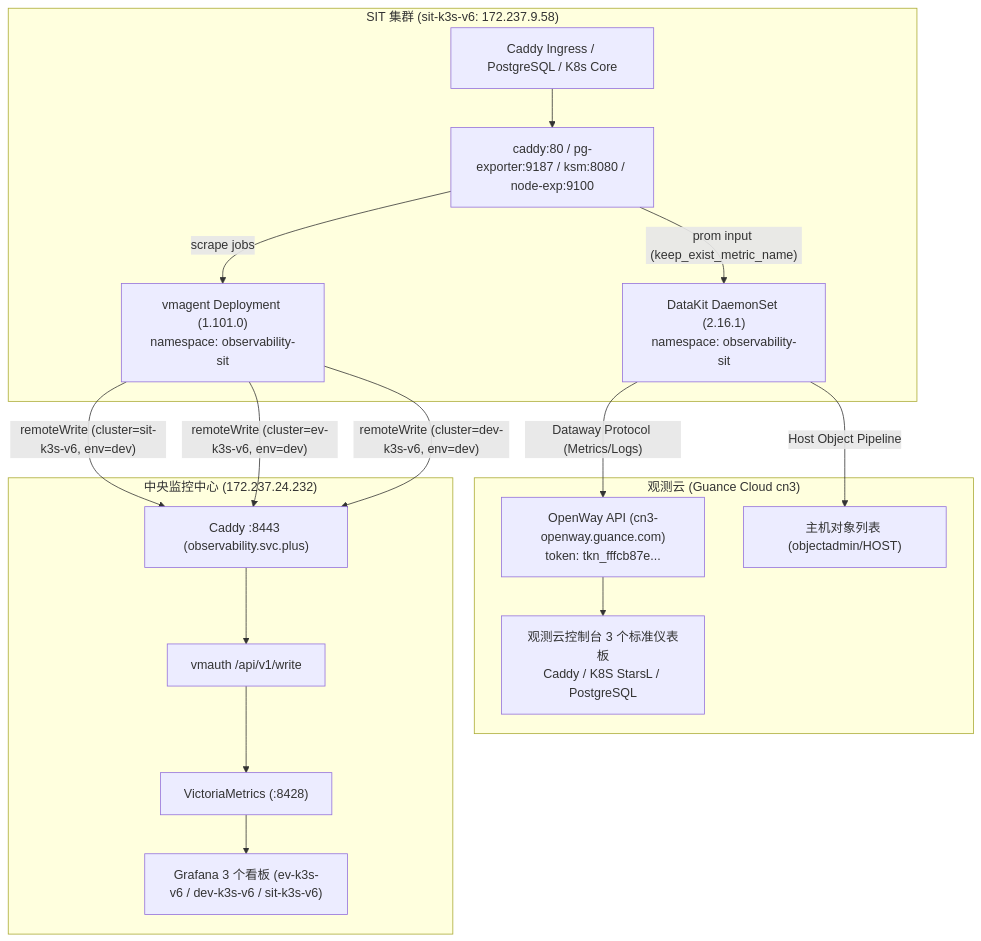
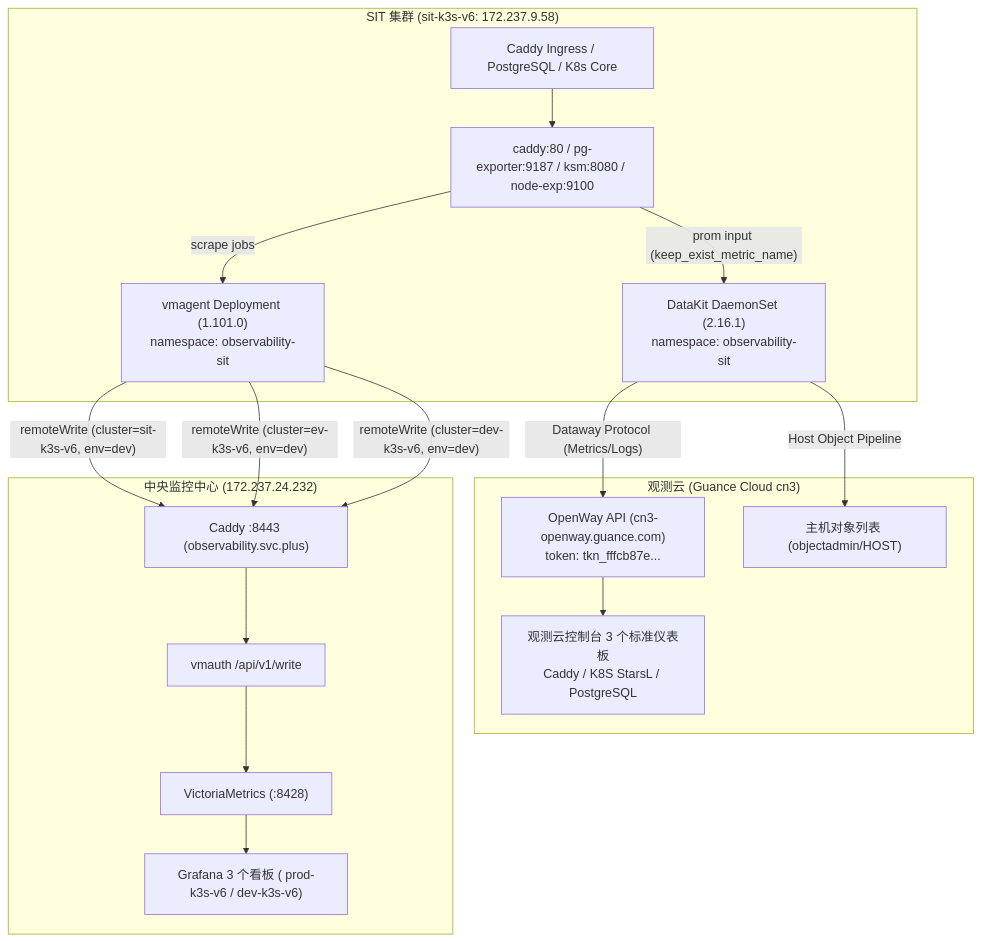
The diagram in docs/reference/platform-delivery/Hand-Off-交付与交接报告-终态完整版.md (ai-workspace-services/knowledge), drawn with Mermaid before and after one commit.

````diff
--- a/docs/reference/platform-delivery/Hand-Off-交付与交接报告-终态完整版.md
+++ b/docs/reference/platform-delivery/Hand-Off-交付与交接报告-终态完整版.md
@@ -23,34 +23,34 @@
 ```mermaid
 flowchart TD
     subgraph Cluster ["SIT 集群 (sit-k3s-v6: 172.237.9.58)"]
         Workloads["Caddy Ingress / PostgreSQL / K8s Core"]
         Exporters["caddy:80 / pg-exporter:9187 / ksm:8080 / node-exp:9100"]
         DataKit["DataKit DaemonSet (2.16.1)<br/>namespace: observability-sit"]
         VMAgent["vmagent Deployment (1.101.0)<br/>namespace: observability-sit"]
     end
 
     subgraph GuanceCloud ["观测云 (Guance Cloud cn3)"]
         OpenWay["OpenWay API (cn3-openway.guance.com)<br/>token: tkn_fffcb87e..."]
         GuanceDashboards["观测云控制台 3 个标准仪表板<br/>Caddy / K8S StarsL / PostgreSQL"]
         GuanceHostObject["主机对象列表 (objectadmin/HOST)"]
     end
 
     subgraph CentralObservability ["中央监控中心 (172.237.24.232)"]
         CaddyGW["Caddy :8443 (observability.svc.plus)"]
         VMAuth["vmauth /api/v1/write"]
         VMStorage["VictoriaMetrics (:8428)"]
-        CentralGrafana["Grafana 3 个看板 (ev-k3s-v6 / dev-k3s-v6 / sit-k3s-v6)"]
+        CentralGrafana["Grafana 3 个看板 ( prod-k3s-v6 / dev-k3s-v6)"]
     end
 
     Workloads --> Exporters
     Exporters -->|"prom input (keep_exist_metric_name)"| DataKit
     DataKit -->|"Dataway Protocol (Metrics/Logs)"| OpenWay
     DataKit -->|"Host Object Pipeline"| GuanceHostObject
     OpenWay --> GuanceDashboards
 
     Exporters -->|"scrape jobs"| VMAgent
     VMAgent -->|"remoteWrite (cluster=sit-k3s-v6, env=dev)"| CaddyGW
     VMAgent -->|"remoteWrite (cluster=ev-k3s-v6, env=dev)"| CaddyGW
     VMAgent -->|"remoteWrite (cluster=dev-k3s-v6, env=dev)"| CaddyGW
     CaddyGW --> VMAuth --> VMStorage --> CentralGrafana
 ```
````
